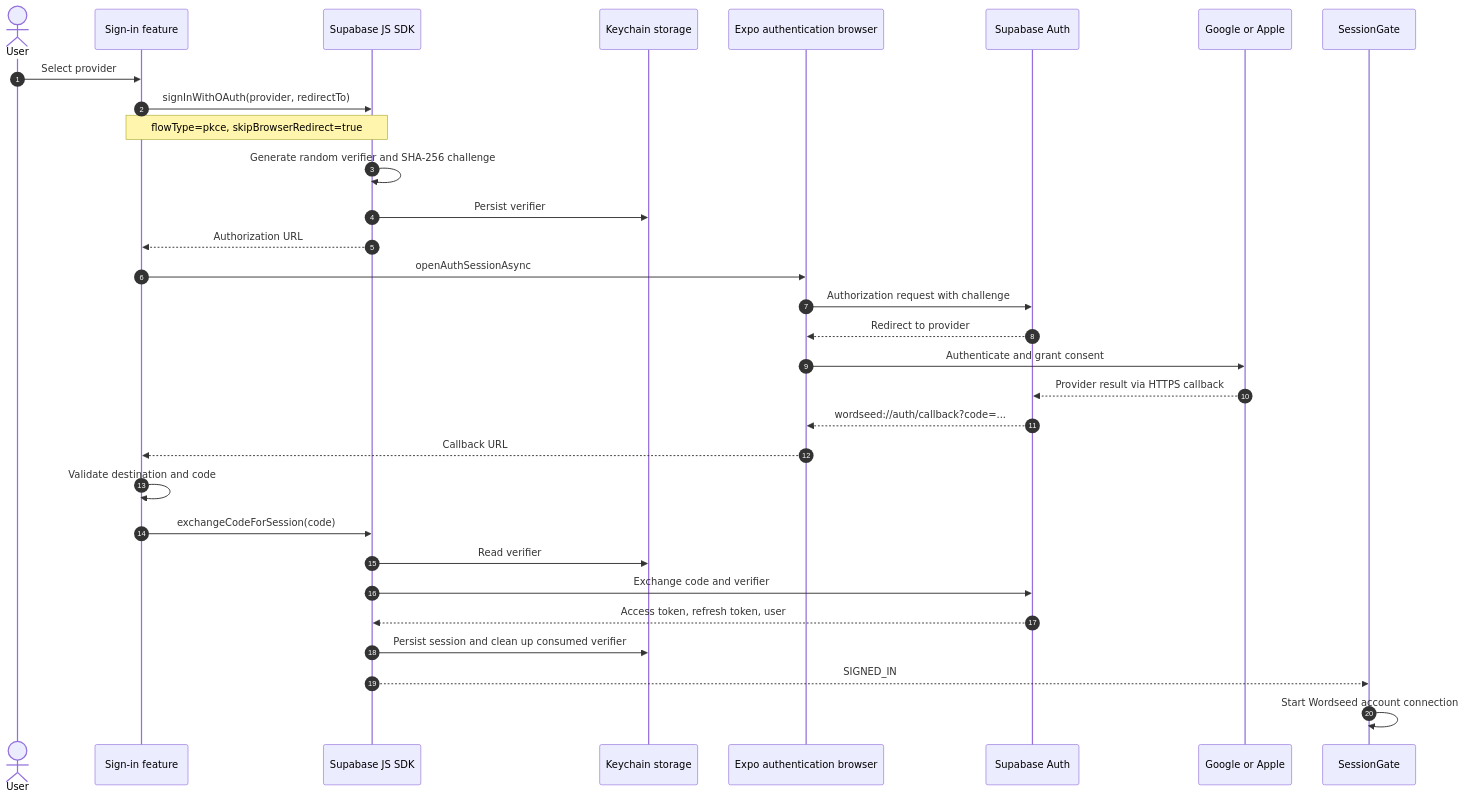
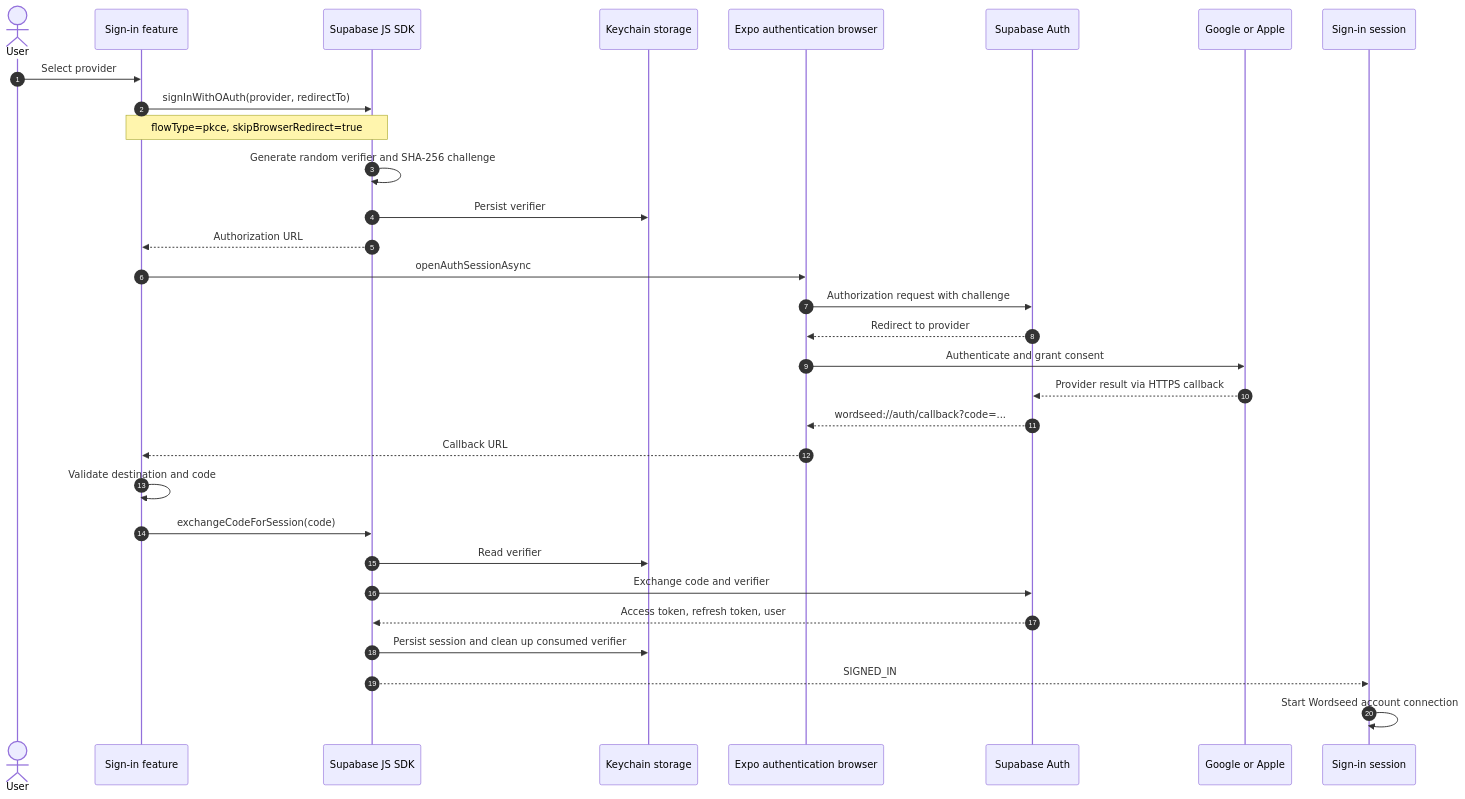
One commit to hwanheejung/wordseed changed the first of 3 diagrams in docs/architecture/mobile-authentication.md. Above: the diagram before and after it, drawn with Mermaid. The commit also changed other lines of this file and 34 other files, not shown here.

````diff
--- a/docs/architecture/mobile-authentication.md
+++ b/docs/architecture/mobile-authentication.md
@@ -15,34 +15,34 @@
 ```mermaid
 sequenceDiagram
     autonumber
     actor User
     participant Feature as Sign-in feature
     participant SDK as Supabase JS SDK
     participant Store as Keychain storage
     participant Browser as Expo authentication browser
     participant Auth as Supabase Auth
     participant Provider as Google or Apple
-    participant Gate as SessionGate
+    participant Gate as Sign-in session
 
     User->>Feature: Select provider
     Feature->>SDK: signInWithOAuth(provider, redirectTo)
     Note over Feature,SDK: flowType=pkce, skipBrowserRedirect=true
     SDK->>SDK: Generate random verifier and SHA-256 challenge
     SDK->>Store: Persist verifier
     SDK-->>Feature: Authorization URL
     Feature->>Browser: openAuthSessionAsync
     Browser->>Auth: Authorization request with challenge
     Auth-->>Browser: Redirect to provider
     Browser->>Provider: Authenticate and grant consent
     Provider-->>Auth: Provider result via HTTPS callback
     Auth-->>Browser: wordseed://auth/callback?code=...
     Browser-->>Feature: Callback URL
     Feature->>Feature: Validate destination and code
     Feature->>SDK: exchangeCodeForSession(code)
     SDK->>Store: Read verifier
     SDK->>Auth: Exchange code and verifier
     Auth-->>SDK: Access token, refresh token, user
     SDK->>Store: Persist session and clean up consumed verifier
     SDK-->>Gate: SIGNED_IN
     Gate->>Gate: Start Wordseed account connection
 ```
````
